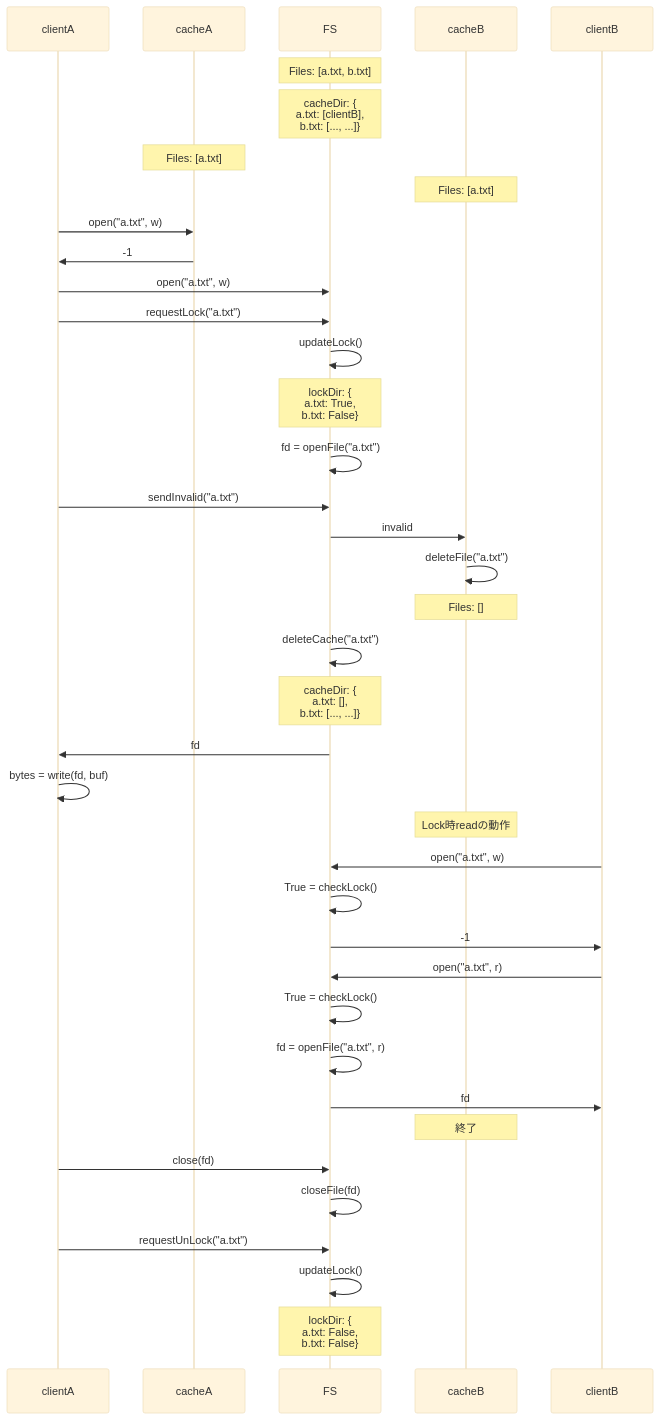
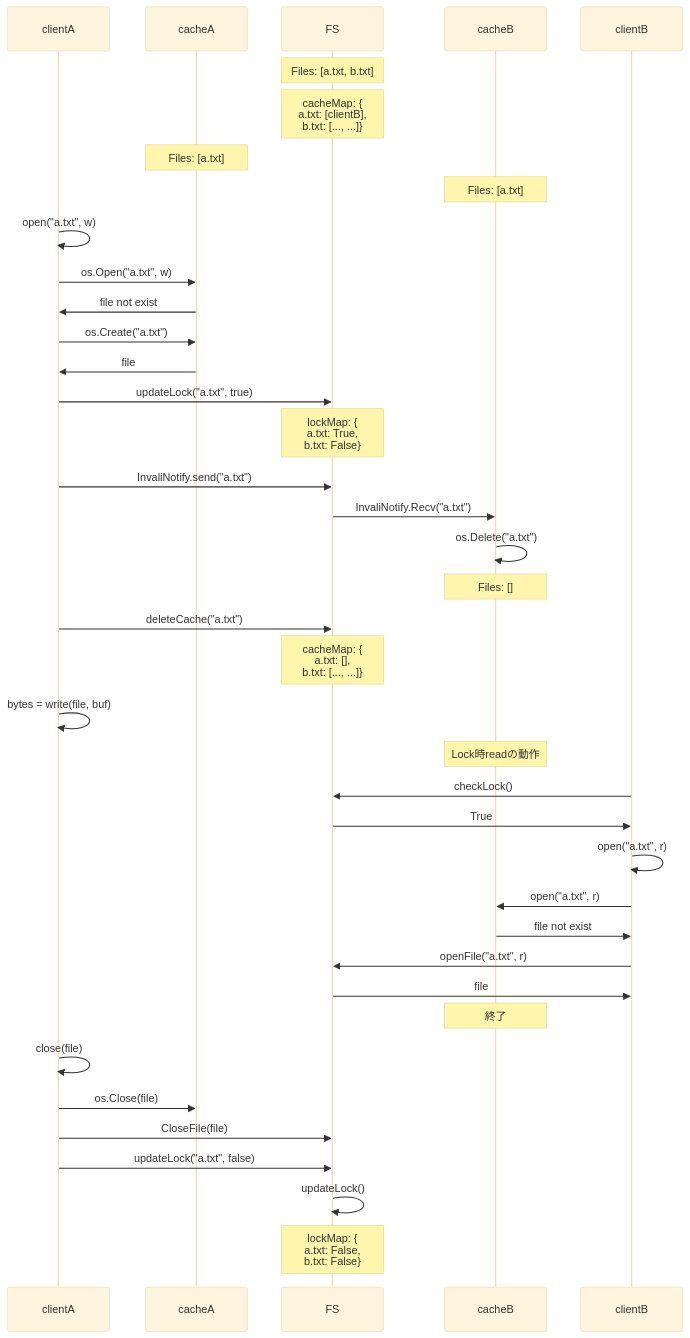
Before and after one commit to bishopfunc/os-b-dfs: the third of 4 diagrams in README.md, drawn with Mermaid (base theme). The commit also changed other lines of this file, not shown here.

Commit message:
Refactor lock and cache management

````diff
--- a/README.md
+++ b/README.md
@@ -77,48 +79,46 @@
 ```mermaid
 sequenceDiagram
     participant clientA as clientA
     participant cacheA as cacheA
     participant FS as FS
     participant cacheB as cacheB
     participant clientB as clientB
     Note over FS: Files: [a.txt, b.txt]
-    Note over FS: cacheDir: {<br>a.txt: [clientB], <br>b.txt: [..., ...]} 
+    Note over FS: cacheMap: {<br>a.txt: [clientB], <br>b.txt: [..., ...]} 
     Note over cacheA: Files: [a.txt]    
     Note over cacheB: Files: [a.txt] 
-
-    clientA->>cacheA: open("a.txt", w)
-    cacheA->>clientA: -1
-    clientA->>FS: open("a.txt", w)
-    clientA->>FS: requestLock("a.txt")
-    FS->>FS :updateLock()
-    Note over FS: lockDir: {<br>a.txt: True, <br>b.txt: False} 
-
-    FS->>FS: fd = openFile("a.txt")
-    clientA->>FS: sendInvalid("a.txt")
-    FS->>cacheB: invalid
-    cacheB->>cacheB: deleteFile("a.txt")
+    clientA->>clientA: open("a.txt", w)
+    clientA->>cacheA: os.Open("a.txt", w)
+    cacheA->>clientA: file not exist
+    clientA->>cacheA: os.Create("a.txt")
+    cacheA->>clientA: file
+    clientA->>FS: updateLock("a.txt", true)
+    Note over FS: lockMap: {<br>a.txt: True, <br>b.txt: False} 
+    clientA->>FS: InvaliNotify.send("a.txt")
+    FS->>cacheB: InvaliNotify.Recv("a.txt")
+    cacheB->>cacheB: os.Delete("a.txt")
     Note over cacheB: Files: []
 
-    FS->>FS: deleteCache("a.txt")
-    Note over FS: cacheDir: {<br>a.txt: [], <br>b.txt: [..., ...]} 
-    FS->>clientA: fd
-    clientA->>clientA: bytes = write(fd, buf)
+    clientA->>FS: deleteCache("a.txt")
+    Note over FS: cacheMap: {<br>a.txt: [], <br>b.txt: [..., ...]} 
+    clientA->>clientA: bytes = write(file, buf)
 
     Note over cacheB: Lock時readの動作
-    clientB->>FS: open("a.txt", w)
-    FS->>FS: True = checkLock()
-    FS->>clientB: -1
-    clientB->>FS: open("a.txt", r)
-    FS->>FS: True = checkLock()
-    FS->>FS: fd = openFile("a.txt", r)
-    FS->>clientB: fd
+    clientB->>FS: checkLock()
+    FS->>clientB: True
+    clientB->>clientB: open("a.txt", r)
+    clientB->>cacheB: open("a.txt", r)
+    cacheB->>clientB: file not exist
+    clientB->>FS: openFile("a.txt", r)
+    FS->>clientB: file
     Note over cacheB: 終了
 
-    clientA->>FS: close(fd)
-    FS->>FS: closeFile(fd)
+    clientA->>clientA: close(file)
+    clientA->>cacheA: os.Close(file)    
+    clientA->>FS: CloseFile(file)    
 
-    clientA->>FS: requestUnLock("a.txt")
+    clientA->>FS: updateLock("a.txt", false)
     FS->>FS :updateLock()
-    Note over FS: lockDir: {<br>a.txt: False, <br>b.txt: False} 
+    Note over FS: lockMap: {<br>a.txt: False, <br>b.txt: False} 
 
 ```
````
